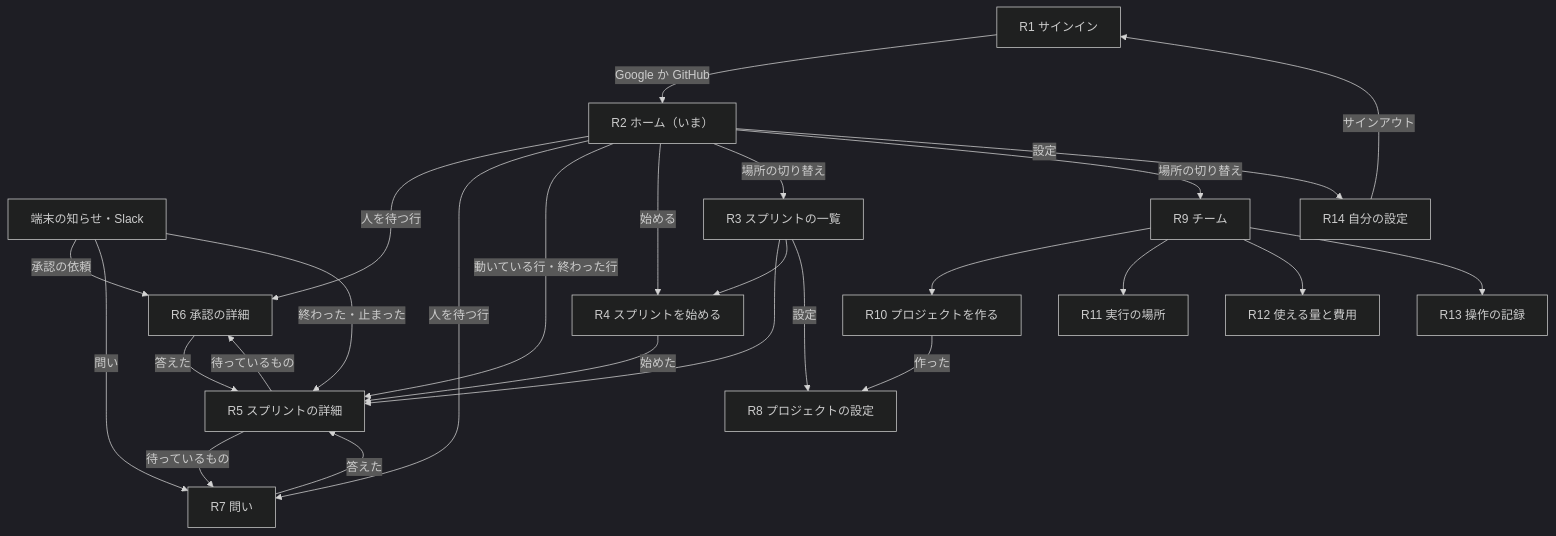
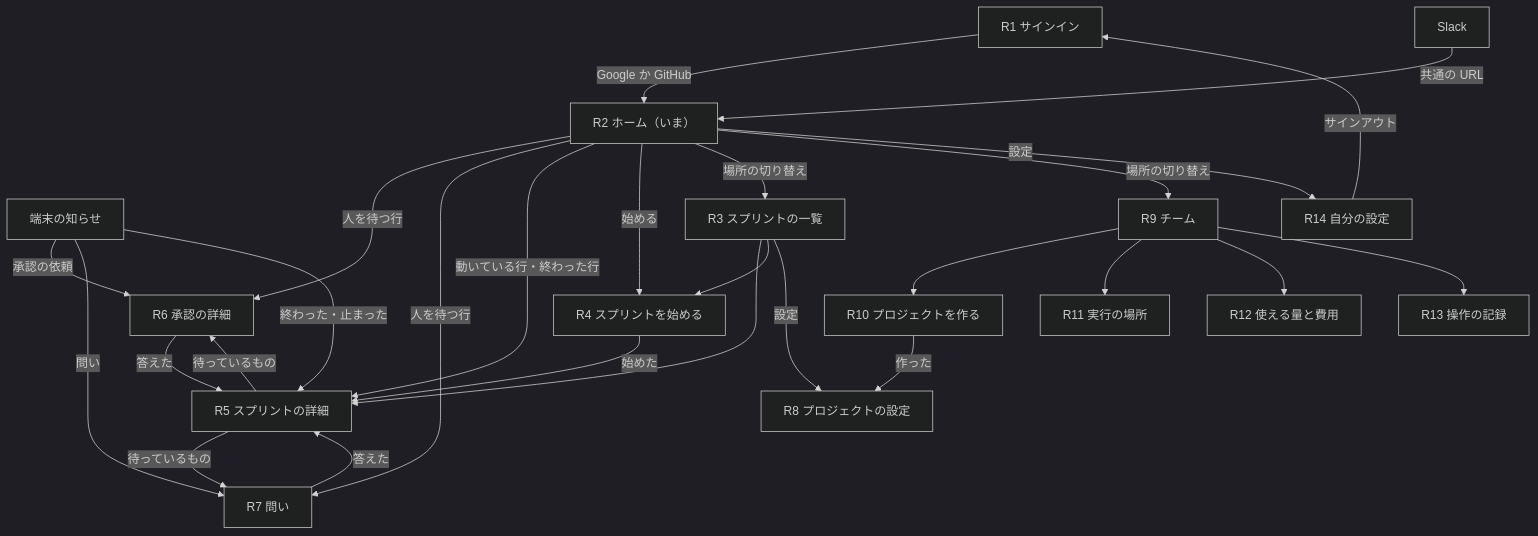
One commit to devbasex/nd-factory changed the first of 2 diagrams in docs/design/screens.md. Above: the diagram before and after it, drawn with Mermaid (dark theme). The commit also changed other lines of this file and 3 other files, not shown here.

First line of the commit message:
Docs: Slack の知らせに知らせの種類とプロジェクトを指す URL を載せず、共通の 1 文とホームの URL だけを送る

````diff
--- a/docs/design/screens.md
+++ b/docs/design/screens.md
@@ -72,28 +73,29 @@
 ```mermaid
 graph TD
     SI[R1 サインイン] -->|Google か GitHub| H[R2 ホーム（いま）]
-    PU[端末の知らせ・Slack] -->|承認の依頼| A[R6 承認の詳細]
+    SL[Slack] -->|共通の URL| H
+    PU[端末の知らせ] -->|承認の依頼| A[R6 承認の詳細]
     PU -->|問い| Q[R7 問い]
     PU -->|終わった・止まった| S[R5 スプリントの詳細]
     H -->|人を待つ行| A
     H -->|人を待つ行| Q
     H -->|動いている行・終わった行| S
     H -->|始める| ST[R4 スプリントを始める]
     H -->|場所の切り替え| L[R3 スプリントの一覧]
     L --> S
     L --> ST
     ST -->|始めた| S
     S -->|待っているもの| A
     S -->|待っているもの| Q
     A -->|答えた| S
     Q -->|答えた| S
     L -->|設定| PS[R8 プロジェクトの設定]
     H -->|場所の切り替え| T[R9 チーム]
     T --> NP[R10 プロジェクトを作る]
     NP -->|作った| PS
     T --> EX[R11 実行の場所]
     T --> U[R12 使える量と費用]
     T --> AU[R13 操作の記録]
     H -->|設定| ME[R14 自分の設定]
     ME -->|サインアウト| SI
 ```
````
